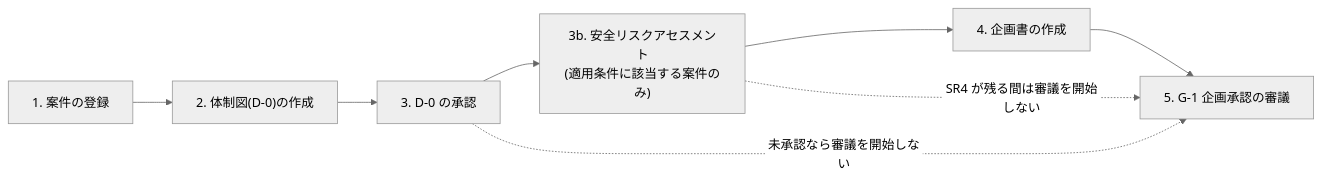
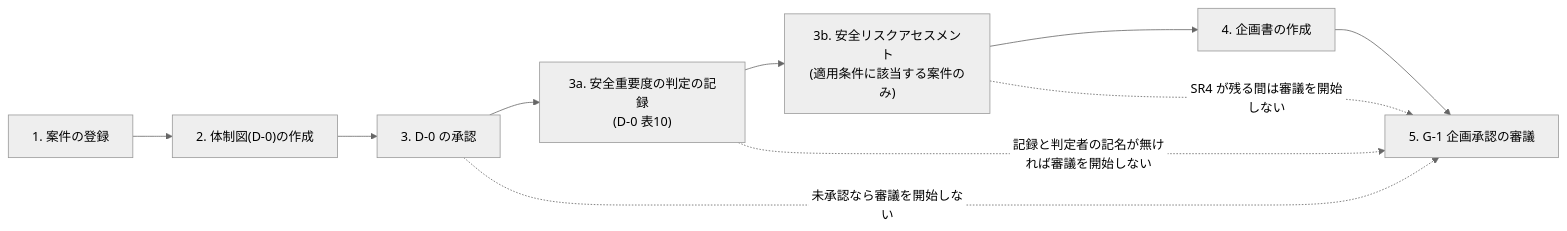
Before and after one commit to Takenori-Kusaka/process-compass: the third of 6 diagrams in src/content/docs/phase4-process-design/lifecycle.md, drawn with Mermaid (neutral theme). The commit also changed other lines of this file and 27 other files, not shown here.

````diff
--- a/src/content/docs/phase4-process-design/lifecycle.md
+++ b/src/content/docs/phase4-process-design/lifecycle.md
@@ -272,10 +272,12 @@
 ```mermaid
 graph LR
   A["1. 案件の登録"] --> B["2. 体制図(D-0)の作成"]
   B --> C["3. D-0 の承認"]
-  C --> S["3b. 安全リスクアセスメント<br>(適用条件に該当する案件のみ)"]
+  C --> J["3a. 安全重要度の判定の記録<br>(D-0 表10)"]
+  J --> S["3b. 安全リスクアセスメント<br>(適用条件に該当する案件のみ)"]
   S --> D["4. 企画書の作成"]
   D --> E["5. G-1 企画承認の審議"]
   C -.未承認なら審議を開始しない.-> E
+  J -.記録と判定者の記名が無ければ審議を開始しない.-> E
   S -.SR4 が残る間は審議を開始しない.-> E
 ```
````
